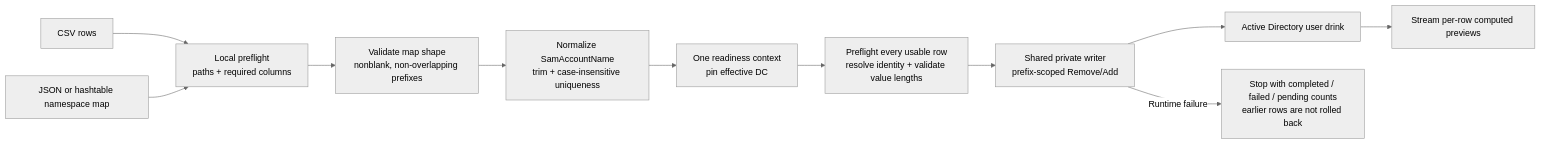
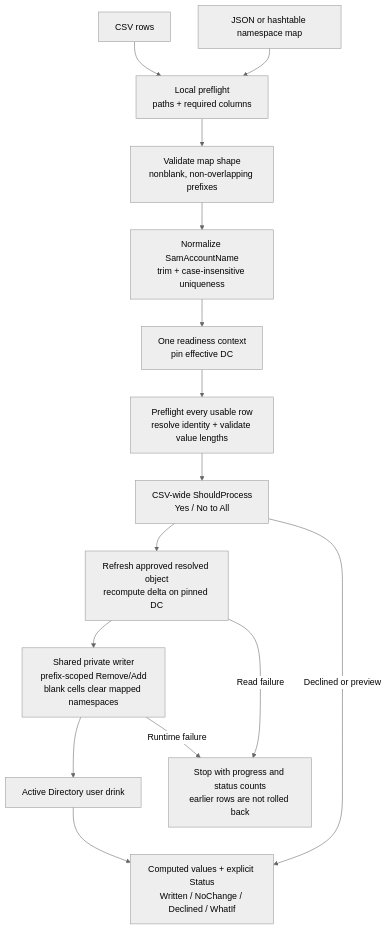
Before and after one commit to jonathanweinberg/DrunkenAD: the diagram in docs/diagrams/csv-ingestion-flow.mmd, drawn with Mermaid (neutral theme). The commit also changed 35 other files, not shown here.

```diff
--- a/docs/diagrams/csv-ingestion-flow.mmd
+++ b/docs/diagrams/csv-ingestion-flow.mmd
@@ -1,11 +1,15 @@
-flowchart LR
+flowchart TD
     CSV["CSV rows"] --> LOCAL["Local preflight<br/>paths + required columns"]
     MAP["JSON or hashtable namespace map"] --> LOCAL
     LOCAL --> OWNERSHIP["Validate map shape<br/>nonblank, non-overlapping prefixes"]
     OWNERSHIP --> IDENTITIES["Normalize SamAccountName<br/>trim + case-insensitive uniqueness"]
     IDENTITIES --> READY["One readiness context<br/>pin effective DC"]
     READY --> ROW["Preflight every usable row<br/>resolve identity + validate value lengths"]
-    ROW --> WRITE["Shared private writer<br/>prefix-scoped Remove/Add"]
+    ROW --> APPROVE["CSV-wide ShouldProcess<br/>Yes / No to All"]
+    APPROVE --> FRESH["Refresh approved resolved object<br/>recompute delta on pinned DC"]
+    FRESH --> WRITE["Shared private writer<br/>prefix-scoped Remove/Add<br/>blank cells clear mapped namespaces"]
     WRITE --> AD["Active Directory user drink"]
-    AD --> REPORT["Stream per-row computed previews"]
-    WRITE -->|Runtime failure| FAILURE["Stop with completed / failed / pending counts<br/>earlier rows are not rolled back"]
+    AD --> REPORT["Computed values + explicit Status<br/>Written / NoChange / Declined / WhatIf"]
+    APPROVE -->|Declined or preview| REPORT
+    WRITE -->|Runtime failure| FAILURE["Stop with progress and status counts<br/>earlier rows are not rolled back"]
+    FRESH -->|Read failure| FAILURE
```
